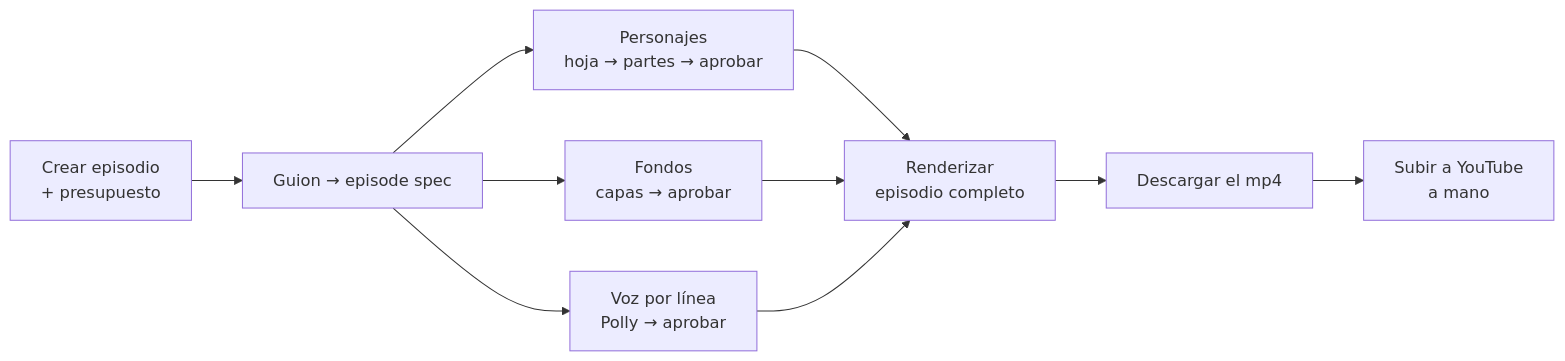
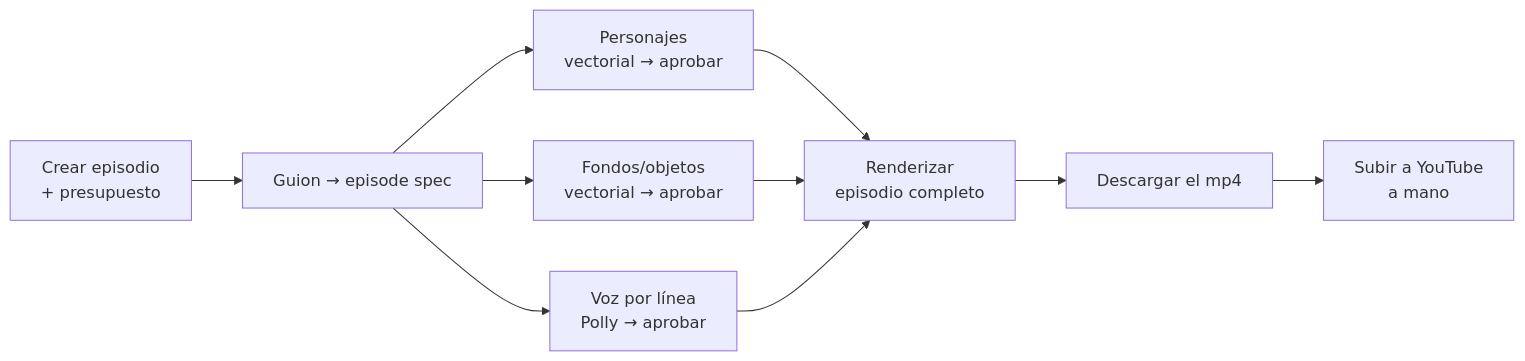
Before and after one commit to Brando1998/youtube-automation: the diagram in manual_usuario/docs/index.md, drawn with Mermaid. The commit also changed other lines of this file and 29 other files, not shown here.

````diff
--- a/manual_usuario/docs/index.md
+++ b/manual_usuario/docs/index.md
@@ -15,12 +15,12 @@
 ```mermaid
 flowchart LR
     A[Crear episodio<br>+ presupuesto] --> B[Guion → episode spec]
-    B --> C[Personajes<br>hoja → partes → aprobar]
-    B --> D[Fondos<br>capas → aprobar]
+    B --> C[Personajes<br>vectorial → aprobar]
+    B --> D[Fondos/objetos<br>vectorial → aprobar]
     B --> E[Voz por línea<br>Polly → aprobar]
     C --> F[Renderizar<br>episodio completo]
     D --> F
     E --> F
     F --> G[Descargar el mp4]
     G --> H[Subir a YouTube<br>a mano]
 ```
````
